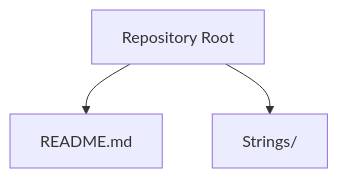
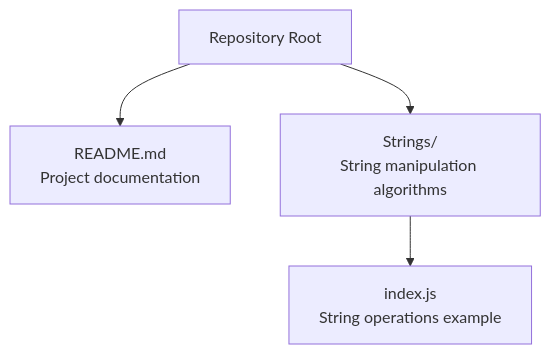
Before and after one commit to pawarrishi/dsa_prep: the first of 4 diagrams in .qoder/repowiki/en/content/Project Overview.md, drawn with Mermaid. The commit also changed other lines of this file and 4 other files, not shown here.

````diff
--- a/.qoder/repowiki/en/content/Project Overview.md
+++ b/.qoder/repowiki/en/content/Project Overview.md
@@ -38,5 +49,6 @@
 ```mermaid
 graph TB
-Root["Repository Root"] --> Readme["README.md"]
-Root --> StringsDir["Strings/"]
+Root["Repository Root"] --> Readme["README.md<br/>Project documentation"]
+Root --> StringsDir["Strings/<br/>String manipulation algorithms"]
+StringsDir --> IndexJS["index.js<br/>String operations example"]
 ```
````
